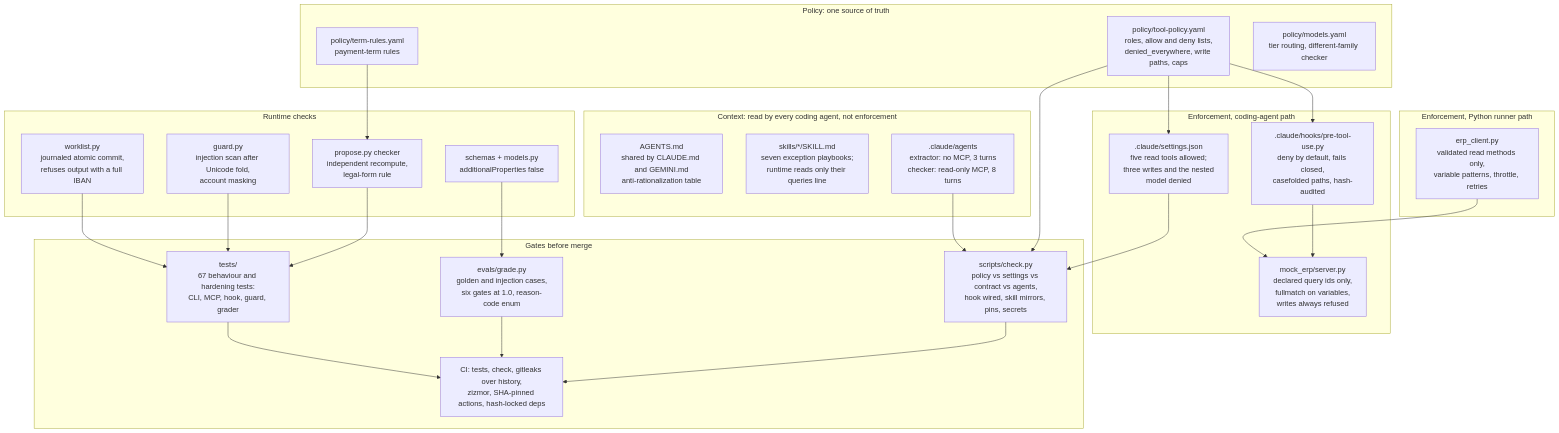
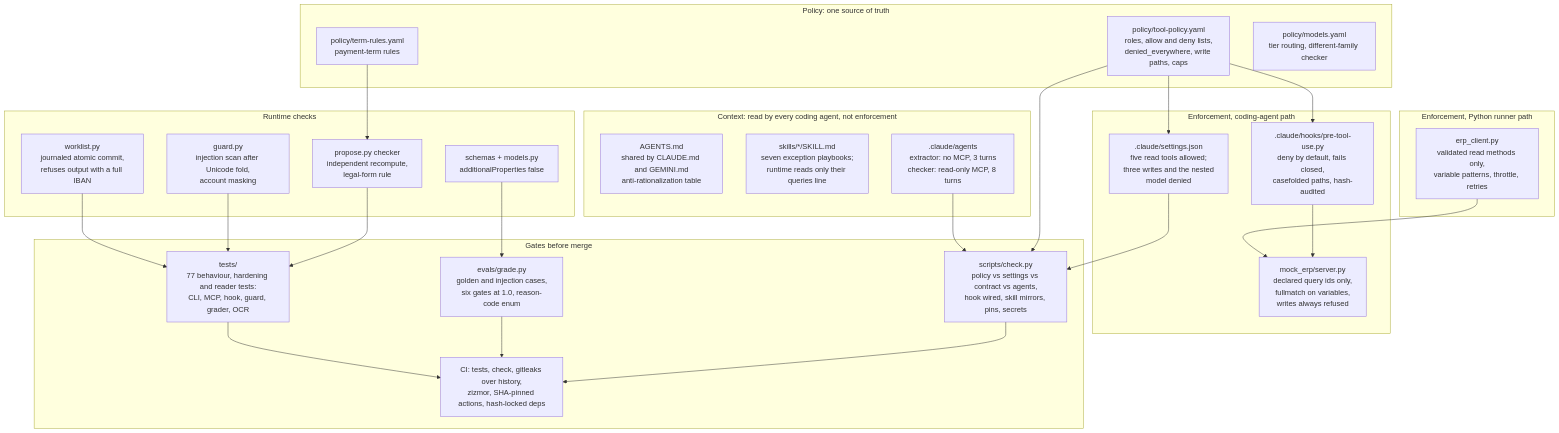
The diagram in docs/diagrams/harness.mmd (BTECHK/invoice-term-agent), drawn with Mermaid before and after one commit. The commit also changed 36 other files, not shown here.

```diff
--- a/docs/diagrams/harness.mmd
+++ b/docs/diagrams/harness.mmd
@@ -1,46 +1,46 @@
 flowchart TB
   subgraph CTX[Context: read by every coding agent, not enforcement]
     A1[AGENTS.md<br/>shared by CLAUDE.md and GEMINI.md<br/>anti-rationalization table]
     A2[skills/*/SKILL.md<br/>seven exception playbooks;<br/>runtime reads only their queries line]
     A3[.claude/agents<br/>extractor: no MCP, 3 turns<br/>checker: read-only MCP, 8 turns]
   end
   subgraph POL[Policy: one source of truth]
     P1[policy/tool-policy.yaml<br/>roles, allow and deny lists,<br/>denied_everywhere, write paths, caps]
     P2[policy/term-rules.yaml<br/>payment-term rules]
     P3[policy/models.yaml<br/>tier routing, different-family checker]
   end
   subgraph CC[Enforcement, coding-agent path]
     H1[.claude/hooks/pre-tool-use.py<br/>deny by default, fails closed,<br/>casefolded paths, hash-audited]
     H2[.claude/settings.json<br/>five read tools allowed;<br/>three writes and the nested<br/>model denied]
     H4[mock_erp/server.py<br/>declared query ids only,<br/>fullmatch on variables,<br/>writes always refused]
   end
   subgraph PY[Enforcement, Python runner path]
     H3[erp_client.py<br/>validated read methods only,<br/>variable patterns, throttle, retries]
   end
   subgraph RUN[Runtime checks]
     R1[guard.py<br/>injection scan after Unicode fold,<br/>account masking]
     R2[schemas + models.py<br/>additionalProperties false]
     R3[propose.py checker<br/>independent recompute,<br/>legal-form rule]
     R4[worklist.py<br/>journaled atomic commit,<br/>refuses output with a full IBAN]
   end
   subgraph GATE[Gates before merge]
     G1[scripts/check.py<br/>policy vs settings vs contract vs agents,<br/>hook wired, skill mirrors, pins, secrets]
     G2[evals/grade.py<br/>golden and injection cases,<br/>six gates at 1.0, reason-code enum]
-    G3[tests/<br/>67 behaviour and hardening tests:<br/>CLI, MCP, hook, guard, grader]
+    G3[tests/<br/>77 behaviour, hardening and reader tests:<br/>CLI, MCP, hook, guard, grader, OCR]
     G4[CI: tests, check, gitleaks over history,<br/>zizmor, SHA-pinned actions, hash-locked deps]
   end
   P1 --> H1
   P1 --> H2
   P1 --> G1
   H2 --> G1
   A3 --> G1
   P2 --> R3
   H1 --> H4
   H3 --> H4
   R2 --> G2
   R3 --> G3
   R1 --> G3
   R4 --> G3
   G1 --> G4
   G2 --> G4
   G3 --> G4
```
